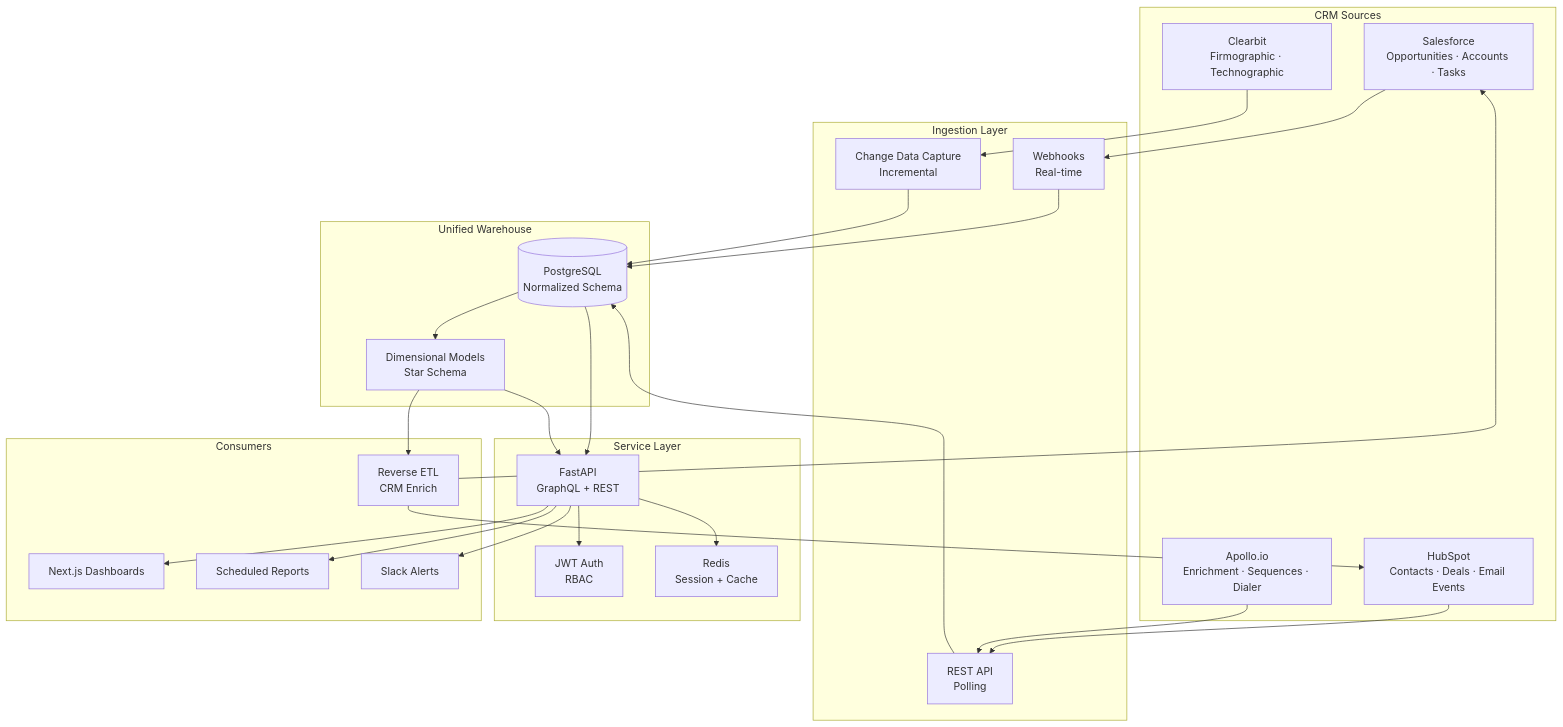
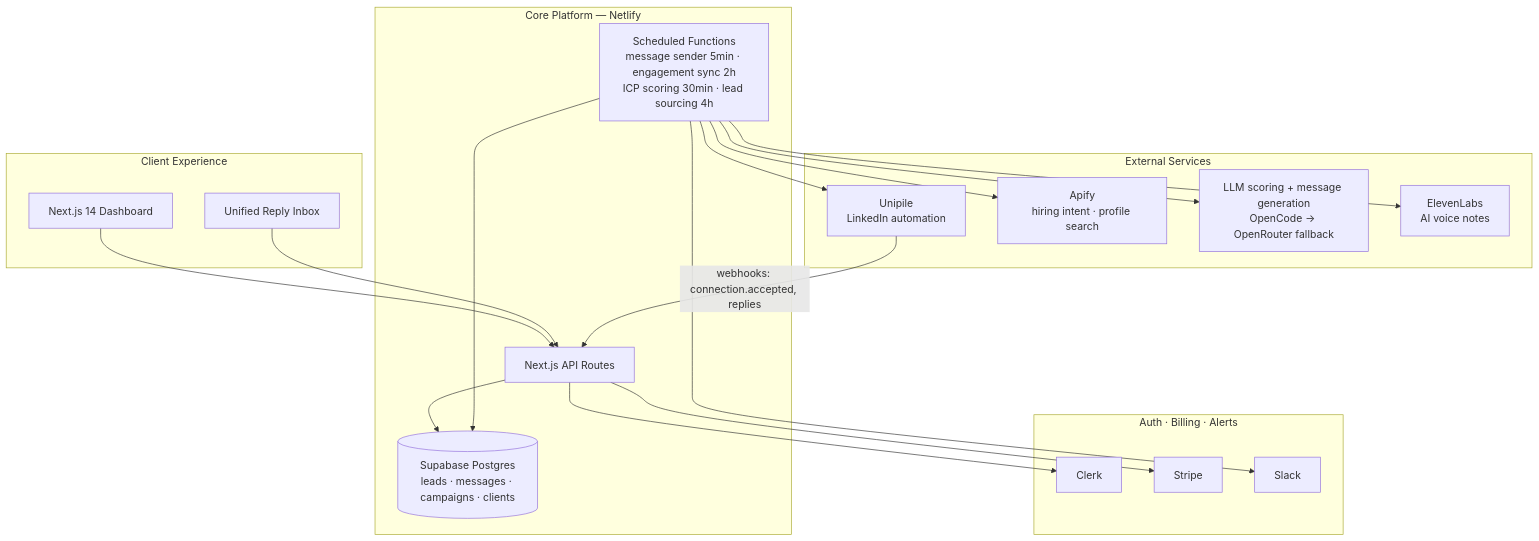
The first of 2 diagrams in README.md (developers-universe-1/developers-universe-1), drawn with Mermaid before and after one commit. The commit also changed other lines of this file, not shown here.

First line of the commit message:
docs: tighten profile to FDE-only focus

````diff
--- a/README.md
+++ b/README.md
@@ -223,52 +177,39 @@
 ```mermaid
 flowchart TB
-    subgraph Sources["CRM Sources"]
-        SF[Salesforce<br/>Opportunities · Accounts · Tasks]
-        HS[HubSpot<br/>Contacts · Deals · Email Events]
-        AP[Apollo.io<br/>Enrichment · Sequences · Dialer]
-        CB[Clearbit<br/>Firmographic · Technographic]
+    subgraph Client["Client Experience"]
+        UI[Next.js 14 Dashboard]
+        INBOX[Unified Reply Inbox]
     end
 
-    subgraph Ingestion["Ingestion Layer"]
-        WH[Webhooks<br/>Real-time]
-        API[REST API<br/>Polling]
-        CDC[Change Data Capture<br/>Incremental]
+    subgraph Core["Core Platform — Netlify"]
+        API[Next.js API Routes]
+        DB[(Supabase Postgres<br/>leads · messages · campaigns · clients)]
+        CRON[Scheduled Functions<br/>message sender 5min · engagement sync 2h<br/>ICP scoring 30min · lead sourcing 4h]
     end
 
-    subgraph Warehouse["Unified Warehouse"]
-        PG[(PostgreSQL<br/>Normalized Schema)]
-        DM[Dimensional Models<br/>Star Schema]
+    subgraph External["External Services"]
+        UNI[Unipile<br/>LinkedIn automation]
+        APF[Apify<br/>hiring intent · profile search]
+        LLM[LLM scoring + message generation<br/>OpenCode → OpenRouter fallback]
+        EL[ElevenLabs<br/>AI voice notes]
     end
 
-    subgraph Services["Service Layer"]
-        FA[FastAPI<br/>GraphQL + REST]
-        AUTH[JWT Auth<br/>RBAC]
-        CACHE[Redis<br/>Session + Cache]
+    subgraph Platform["Auth · Billing · Alerts"]
+        CLK[Clerk]
+        STP[Stripe]
+        SLK[Slack]
     end
 
-    subgraph Consumers["Consumers"]
-        DASH[Next.js Dashboards]
-        REPORT[Scheduled Reports]
-        ETL[Reverse ETL<br/>CRM Enrich]
-        SLACK[Slack Alerts]
-    end
-
-    SF --> WH
-    HS --> API
-    AP --> API
-    CB --> CDC
-    WH --> PG
-    API --> PG
-    CDC --> PG
-    PG --> DM
-    PG --> FA
-    DM --> FA
-    FA --> AUTH
-    FA --> CACHE
-    FA --> DASH
-    FA --> REPORT
-    DM --> ETL
-    ETL --> SF
-    ETL --> HS
-    FA --> SLACK
+    UI --> API
+    INBOX --> API
+    API --> DB
+    API --> CLK
+    API --> STP
+    CRON --> DB
+    CRON --> UNI
+    CRON --> APF
+    CRON --> LLM
+    CRON --> EL
+    CRON --> SLK
+    UNI -->|webhooks: connection.accepted, replies| API
 ```
````
